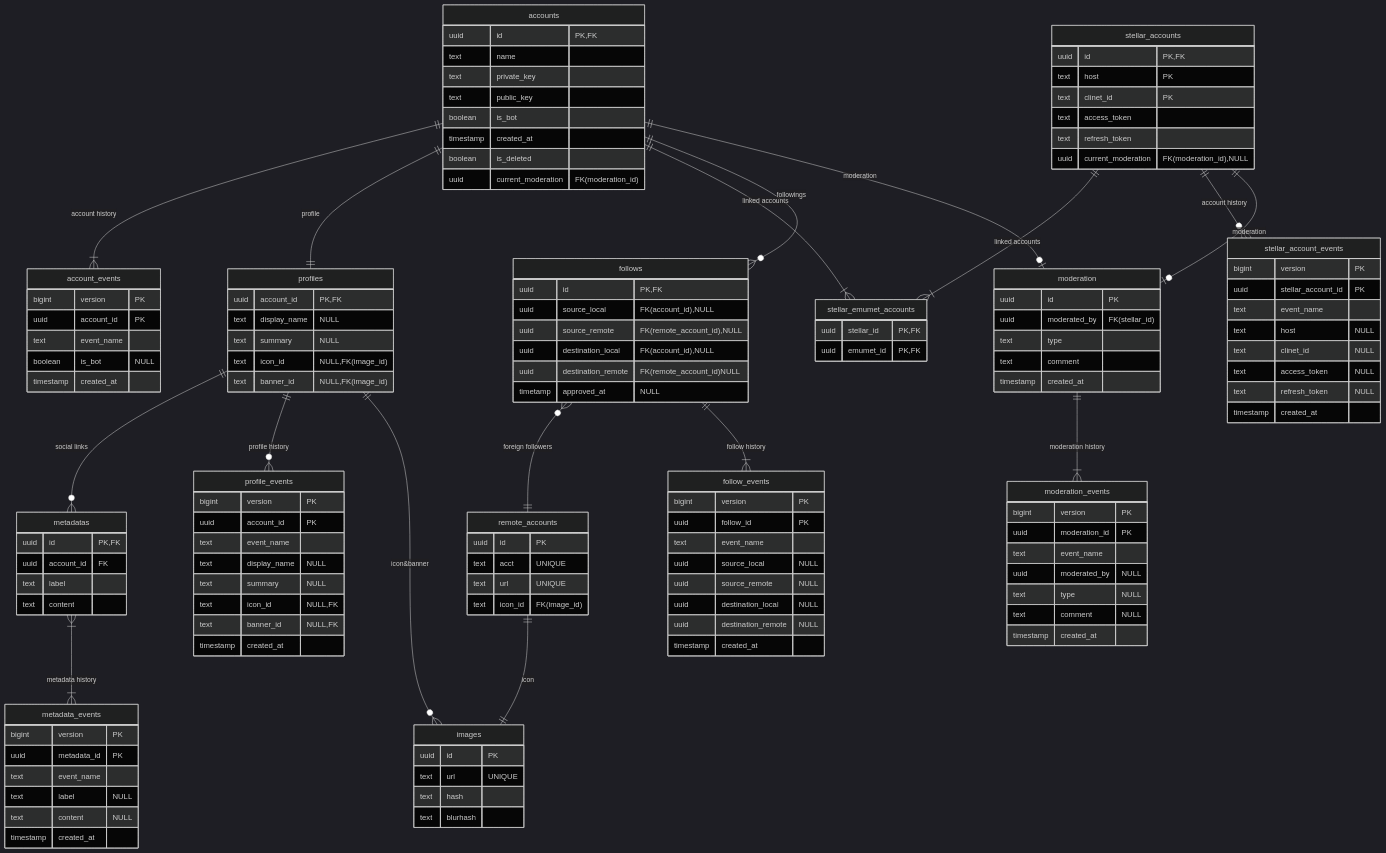
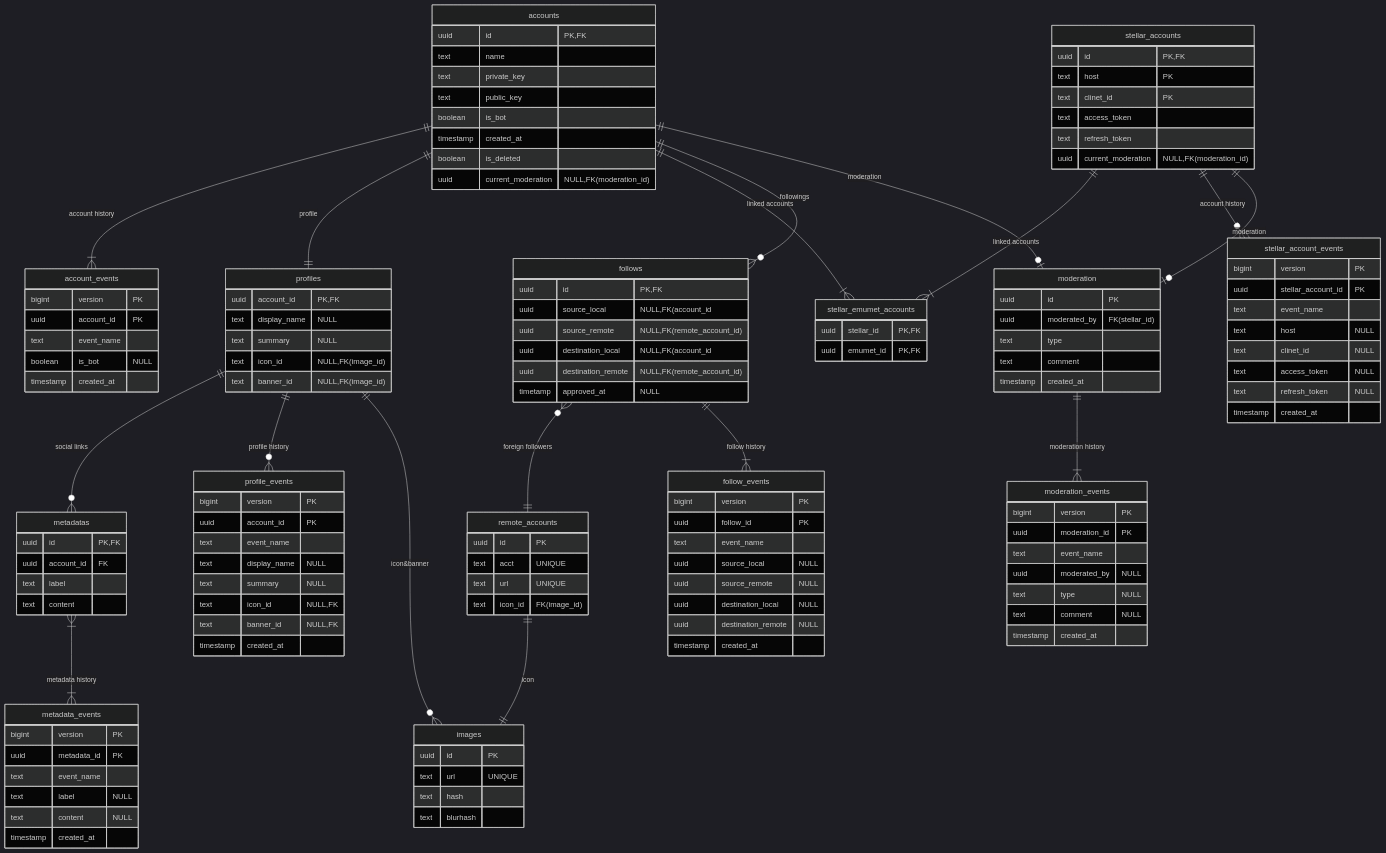
The diagram in packages/document/docs/emumet/data-structure.md (ShuttlePub/document), drawn with Mermaid (dark theme) before and after one commit.

Commit message:
Sort modification orders

```diff
--- a/packages/document/docs/emumet/data-structure.md
+++ b/packages/document/docs/emumet/data-structure.md
@@ -12,7 +12,7 @@
         boolean is_bot
         timestamp created_at
         boolean is_deleted
-        uuid current_moderation "FK(moderation_id)"
+        uuid current_moderation "NULL,FK(moderation_id)"
     }
     account_events {
         bigint version "PK"
@@ -58,7 +58,7 @@
         text clinet_id "PK"
         text access_token
         text refresh_token
-        uuid current_moderation "FK(moderation_id),NULL"
+        uuid current_moderation "NULL,FK(moderation_id)"
     }
     stellar_account_events {
         bigint version "PK"
@@ -76,10 +76,10 @@
     }
     follows {
         uuid id "PK,FK"
-        uuid source_local "FK(account_id),NULL"
-        uuid source_remote "FK(remote_account_id),NULL"
-        uuid destination_local "FK(account_id),NULL"
-        uuid destination_remote "FK(remote_account_id)NULL"
+        uuid source_local "NULL,FK(account_id"
+        uuid source_remote "NULL,FK(remote_account_id)"
+        uuid destination_local "NULL,FK(account_id"
+        uuid destination_remote "NULL,FK(remote_account_id)"
         timetamp approved_at "NULL"
     }
     follow_events {
```
